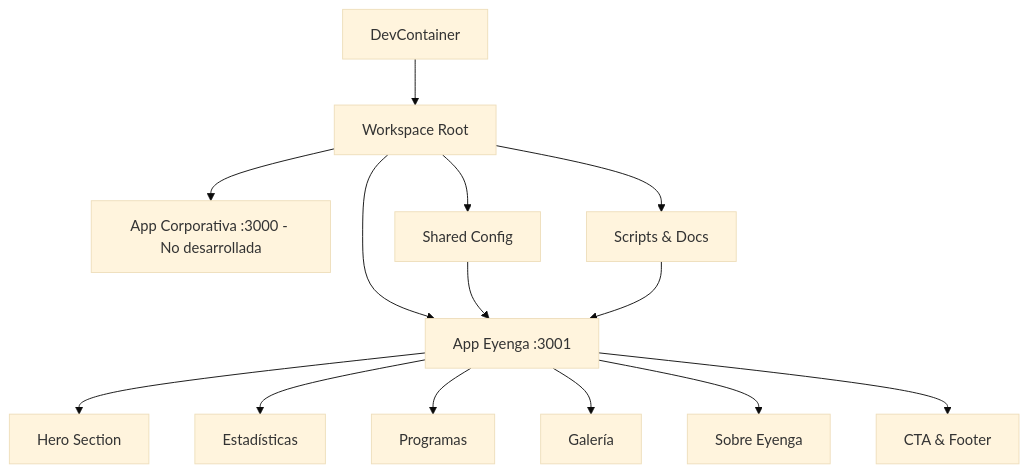
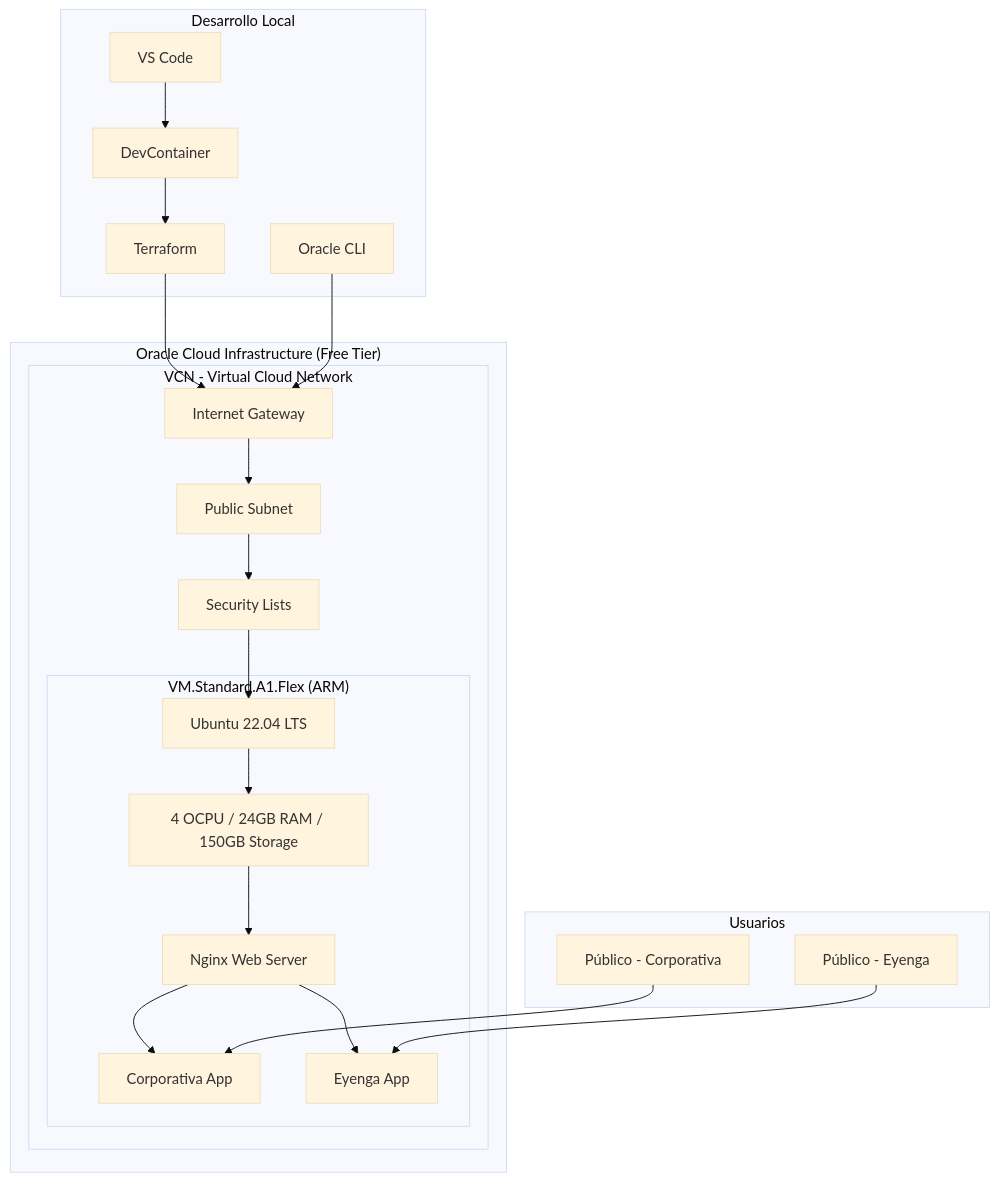
One commit to CSalamanca/executiveservicebusiness-web changed the first of 2 diagrams in TECHNICAL_DOCS.md. Above: the diagram before and after it, drawn with Mermaid (base theme). The commit also changed other lines of this file and 12 other files, not shown here.

````diff
--- a/TECHNICAL_DOCS.md
+++ b/TECHNICAL_DOCS.md
@@ -17,17 +17,46 @@
 ```mermaid
 graph TB
-    A[DevContainer] --> B[Workspace Root]
-    B --> C[App Eyenga :3001]
-    B --> D[App Corporativa :3000 - No desarrollada]
-    B --> E[Shared Config]
-    B --> F[Scripts & Docs]
-    E --> C
-    F --> C
+    subgraph "Oracle Cloud Infrastructure (Free Tier)"
+        subgraph "VCN - Virtual Cloud Network"
+            A[Internet Gateway]
+            B[Public Subnet]
+            C[Security Lists]
 
-    C --> G[Hero Section]
-    C --> H[Estadísticas]
-    C --> I[Programas]
-    C --> J[Galería]
-    C --> K[Sobre Eyenga]
-    C --> L[CTA & Footer]
+            subgraph "VM.Standard.A1.Flex (ARM)"
+                D[Ubuntu 22.04 LTS]
+                E[4 OCPU / 24GB RAM / 150GB Storage]
+                F[Nginx Web Server]
+                G[Corporativa App]
+                H[Eyenga App]
+            end
+        end
+    end
+
+    subgraph "Desarrollo Local"
+        I[DevContainer]
+        J[Terraform]
+        K[Oracle CLI]
+        L[VS Code]
+    end
+
+    A --> B
+    B --> C
+    C --> D
+    D --> E
+    E --> F
+    F --> G
+    F --> H
+
+    I --> J
+    J --> A
+    K --> A
+    L --> I
+
+    subgraph "Usuarios"
+        M[Público - Corporativa]
+        N[Público - Eyenga]
+    end
+
+    M --> G
+    N --> H
 ```
````
